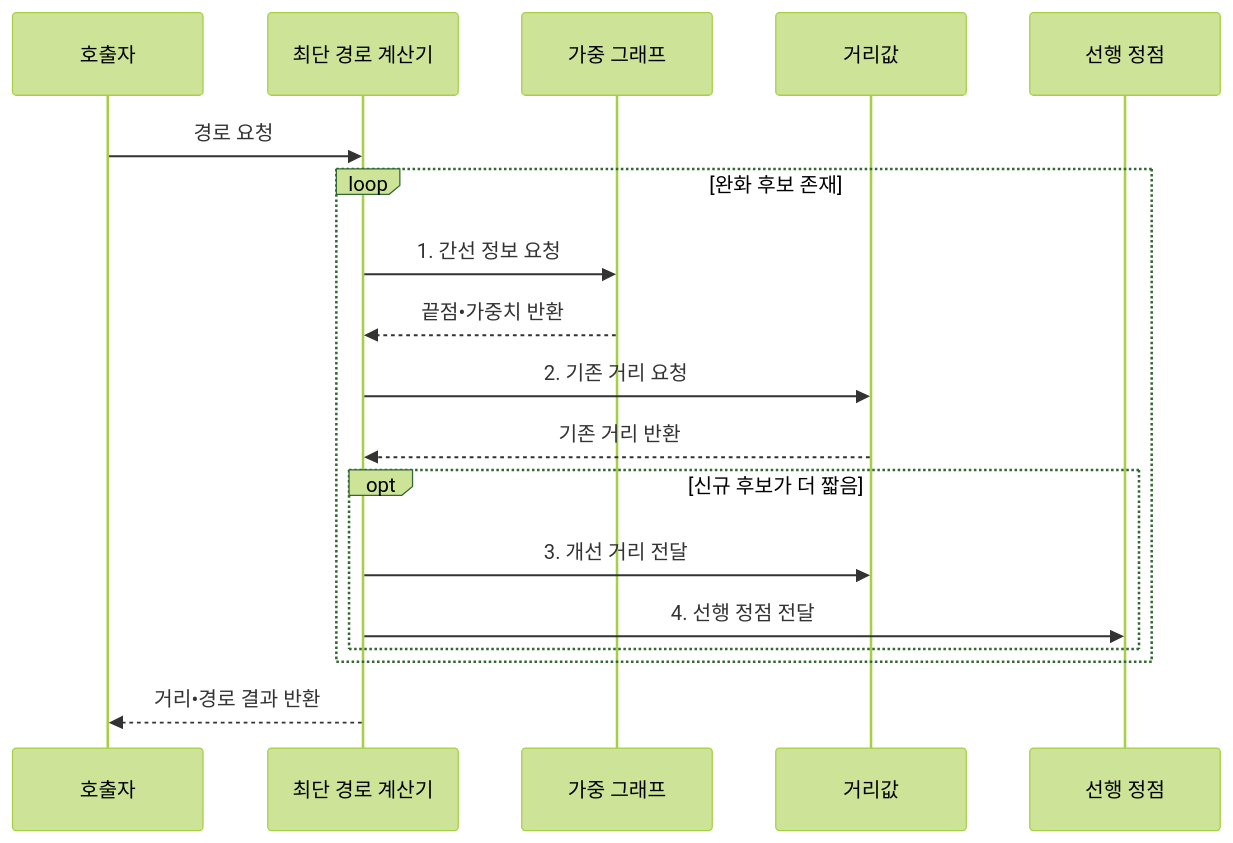
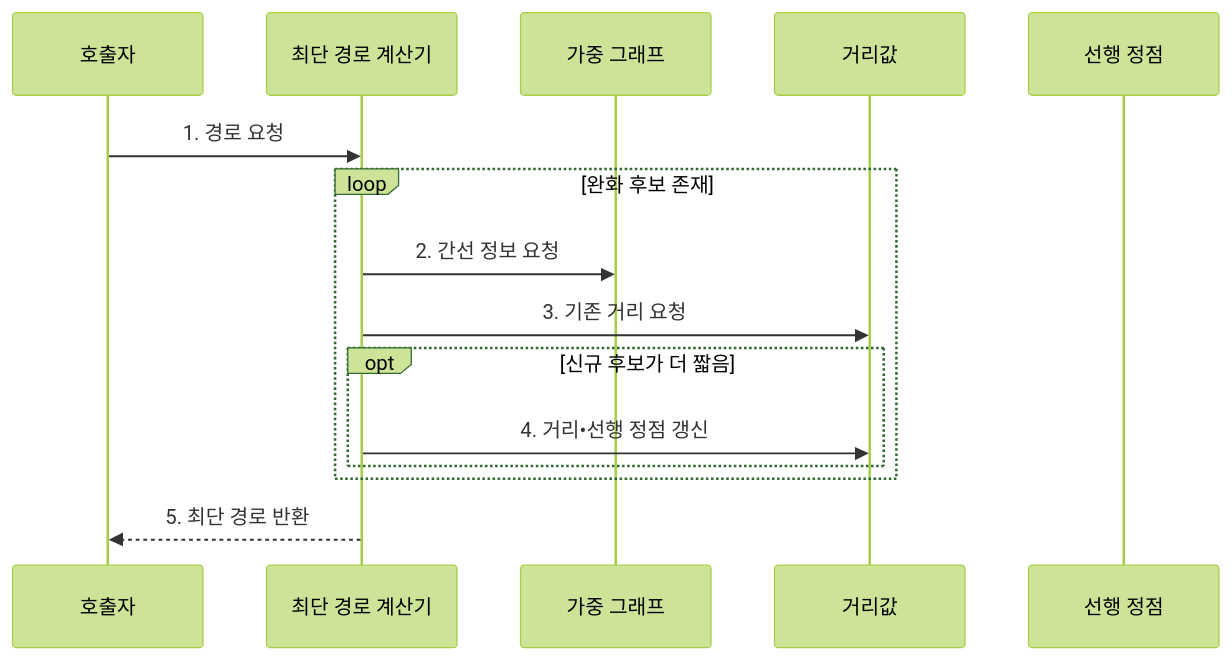
Before and after one commit to agnusdei1207/knowledge-base: the second of 2 diagrams in src/content/docs/notes/01-basic-theory/011_shortest_path.md, drawn with Mermaid (forest theme). The commit also changed other lines of this file and 28 other files, not shown here.

````diff
--- a/src/content/docs/notes/01-basic-theory/011_shortest_path.md
+++ b/src/content/docs/notes/01-basic-theory/011_shortest_path.md
@@ -88,20 +88,17 @@
 ```mermaid
 sequenceDiagram
     participant Q as 호출자
     participant S as 최단 경로 계산기
     participant G as 가중 그래프
     participant D as 거리값
     participant R as 선행 정점
-    Q->>S: 경로 요청
+    Q->>S: 1. 경로 요청
     loop 완화 후보 존재
-        S->>G: 1. 간선 정보 요청
-        G-->>S: 끝점•가중치 반환
-        S->>D: 2. 기존 거리 요청
-        D-->>S: 기존 거리 반환
+        S->>G: 2. 간선 정보 요청
+        S->>D: 3. 기존 거리 요청
         opt 신규 후보가 더 짧음
-            S->>D: 3. 개선 거리 전달
-            S->>R: 4. 선행 정점 전달
+            S->>D: 4. 거리•선행 정점 갱신
         end
     end
-    S-->>Q: 거리•경로 결과 반환
+    S-->>Q: 5. 최단 경로 반환
 ```
````
